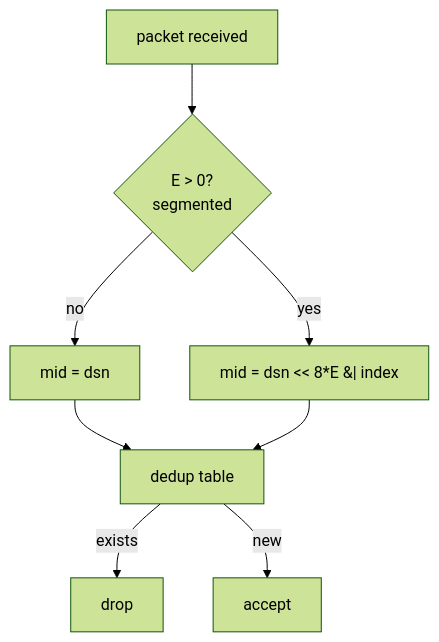
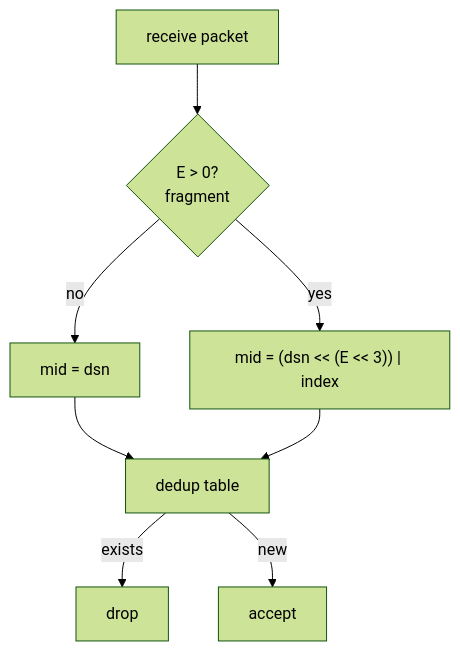
Before and after one commit to moky/magpie-bridge: the first of 2 diagrams in docs/design-protocol.md, drawn with Mermaid (forest theme). The commit also changed other lines of this file and 5 other files, not shown here.

Commit message:
docs: regenerate from ai/ tasks with mermaid diagrams

````diff
--- a/docs/design-protocol.md
+++ b/docs/design-protocol.md
@@ -75,10 +108,10 @@
 ```mermaid
 flowchart TD
-    P[packet received] --> E{E > 0?<br/>segmented}
+    P[receive packet] --> E{E > 0?<br/>fragment}
     E -- no --> M1[mid = dsn]
-    E -- yes --> M2[mid = dsn << 8*E &#124; index]
+    E -- yes --> M2["mid = (dsn << (E << 3)) | index"]
     M1 --> T[dedup table]
     M2 --> T
     T -- exists --> DR[drop]
     T -- new --> ACC[accept]
 ```
````
